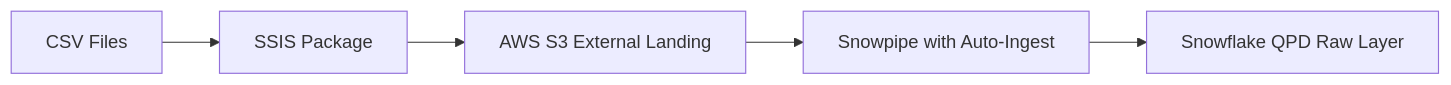
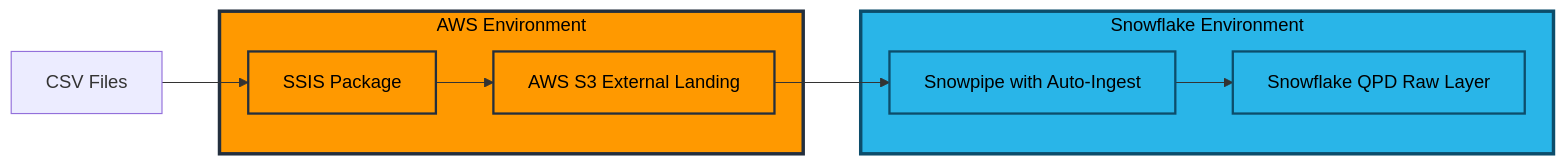
One commit to sfc-gh-mhindi/REPO_CBA changed the tenth of 22 diagrams in 15-BB-QPD Future State/QPD - Future State.md. Above: the diagram before and after it, drawn with Mermaid. The commit also changed other lines of this file, not shown here.

Commit message:
Update QPD - Future State.md

````diff
--- a/15-BB-QPD Future State/QPD - Future State.md
+++ b/15-BB-QPD Future State/QPD - Future State.md
@@ -579,7 +659,26 @@
 ```mermaid
 graph LR
-    CSV[CSV Files] --> SSIS[SSIS Package]
-    SSIS --> S3_Landing[AWS S3 External Landing]
-    S3_Landing --> Snowpipe[Snowpipe with Auto-Ingest]
-    Snowpipe --> SF_Raw[Snowflake QPD Raw Layer]
+    CSV[CSV Files]
+    
+    subgraph AWS["AWS Environment"]
+        SSIS[SSIS Package]
+        S3_Landing[AWS S3 External Landing]
+    end
+    
+    subgraph Snowflake["Snowflake Environment"]
+        Snowpipe[Snowpipe with Auto-Ingest]
+        SF_Raw[Snowflake QPD Raw Layer]
+    end
+    
+    CSV --> SSIS
+    SSIS --> S3_Landing
+    S3_Landing --> Snowpipe
+    Snowpipe --> SF_Raw
+    
+    style AWS fill:#ff9900,stroke:#232f3e,stroke-width:3px,color:#000
+    style Snowflake fill:#29b5e8,stroke:#0c4d6b,stroke-width:3px,color:#000
+    style SSIS fill:#ff9900,stroke:#232f3e,stroke-width:2px,color:#000
+    style S3_Landing fill:#ff9900,stroke:#232f3e,stroke-width:2px,color:#000
+    style Snowpipe fill:#29b5e8,stroke:#0c4d6b,stroke-width:2px,color:#000
+    style SF_Raw fill:#29b5e8,stroke:#0c4d6b,stroke-width:2px,color:#000
 ```
````
